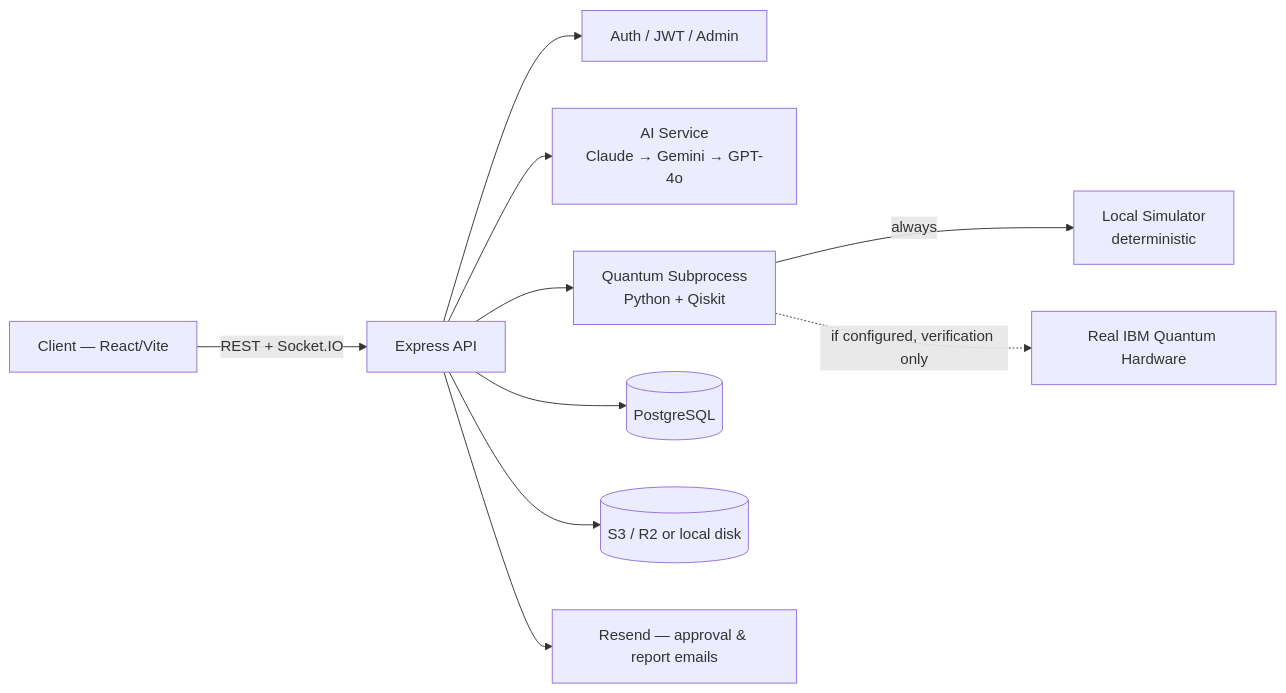
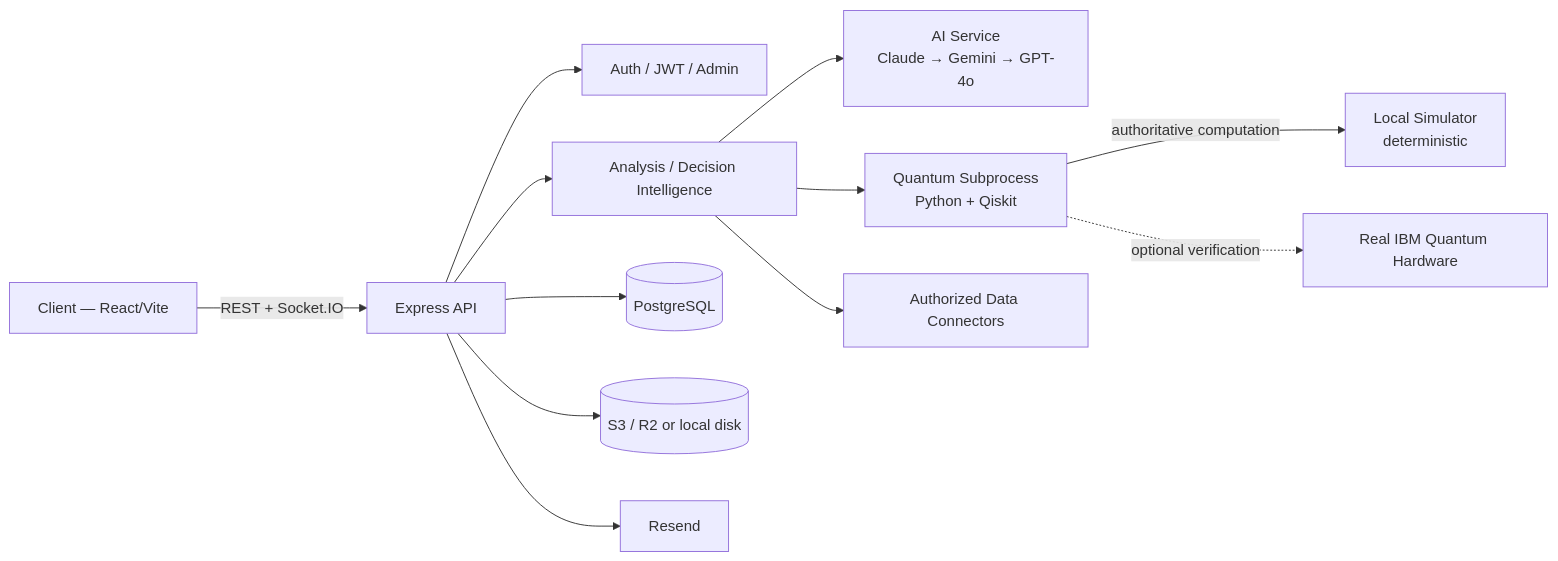
One commit to atabeyler/anatolia.bold.q changed the diagram in README.md. Above: the diagram before and after it, drawn with Mermaid. The commit also changed other lines of this file, not shown here.

Commit message:
Update README for analysis audit

````diff
--- a/README.md
+++ b/README.md
@@ -55,12 +85,14 @@
 ```mermaid
 flowchart LR
     User[Client — React/Vite] -->|REST + Socket.IO| API[Express API]
     API --> Auth[Auth / JWT / Admin]
-    API --> AI[AI Service<br/>Claude → Gemini → GPT-4o]
-    API --> Quantum[Quantum Subprocess<br/>Python + Qiskit]
-    Quantum -->|always| Sim[Local Simulator<br/>deterministic]
-    Quantum -.->|if configured, verification only| IBM[Real IBM Quantum Hardware]
+    API --> Orchestrator[Analysis / Decision Intelligence]
+    Orchestrator --> AI[AI Service<br/>Claude → Gemini → GPT-4o]
+    Orchestrator --> Quantum[Quantum Subprocess<br/>Python + Qiskit]
+    Orchestrator --> Connectors[Authorized Data Connectors]
+    Quantum -->|authoritative computation| Sim[Local Simulator<br/>deterministic]
+    Quantum -.->|optional verification| IBM[Real IBM Quantum Hardware]
     API --> DB[(PostgreSQL)]
     API --> Storage[(S3 / R2 or local disk)]
-    API --> Mail[Resend — approval & report emails]
+    API --> Mail[Resend]
 ```
````
